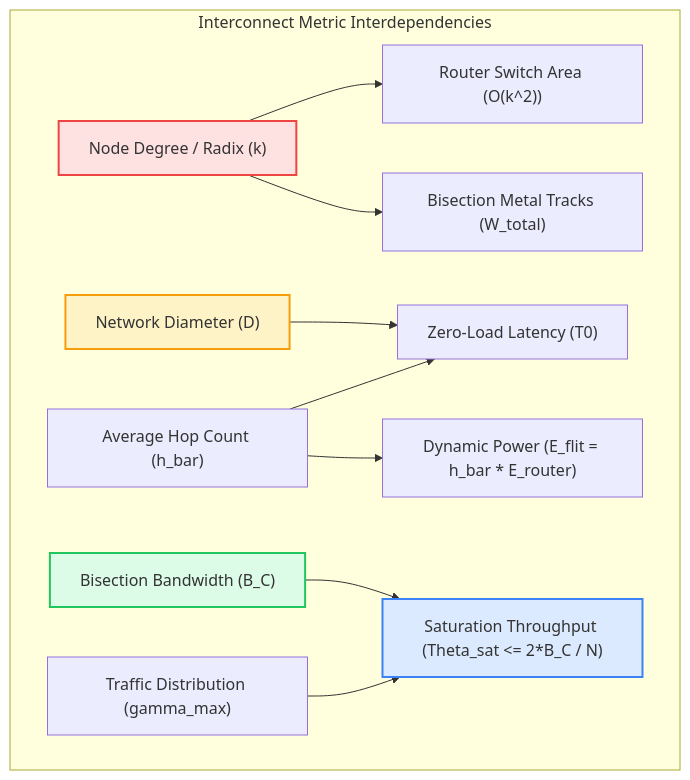
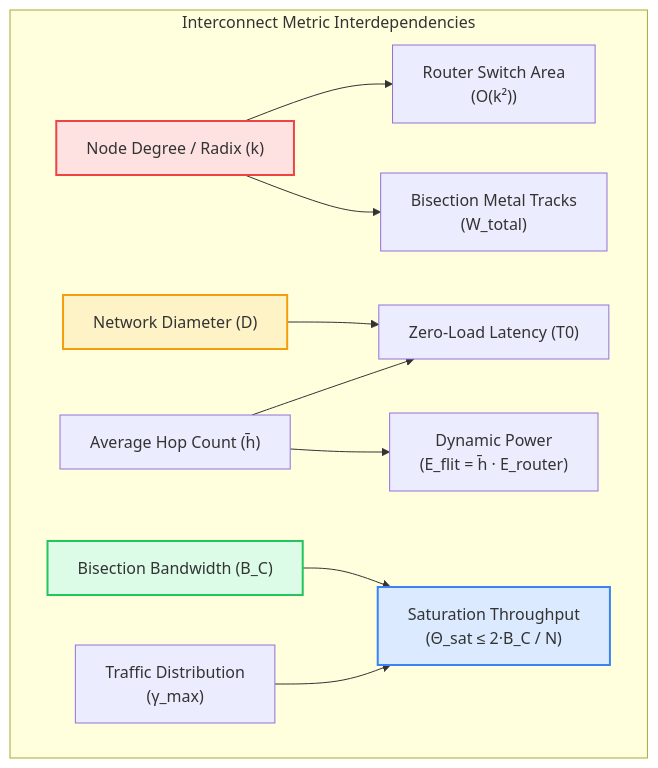
One commit to network-on-chip/learning changed the first of 4 diagrams in docs/textbook/ch04-topologies-and-metrics/index.md. Above: the diagram before and after it, drawn with Mermaid. The commit also changed 15 other files, not shown here.

Commit message:
docs: clean repository paths and wrap Mermaid flowchart node labels

````diff
--- a/docs/textbook/ch04-topologies-and-metrics/index.md
+++ b/docs/textbook/ch04-topologies-and-metrics/index.md
@@ -20,19 +20,19 @@
 ```mermaid
 graph TD
   subgraph MetricsHierarchy ["Interconnect Metric Interdependencies"]
-    Deg["Node Degree / Radix (k)"] --> RouterArea["Router Switch Area (O(k^2))"]
-    Deg --> WireDensity["Bisection Metal Tracks (W_total)"]
+    Deg["Node Degree / Radix (k)"] --> RouterArea["Router Switch Area<br/>(O(k²))"]
+    Deg --> WireDensity["Bisection Metal Tracks<br/>(W_total)"]
     
     Diam["Network Diameter (D)"] --> T0["Zero-Load Latency (T0)"]
-    AvgHop["Average Hop Count (h_bar)"] --> T0
-    AvgHop --> DynPower["Dynamic Power (E_flit = h_bar * E_router)"]
+    AvgHop["Average Hop Count (h̄)"] --> T0
+    AvgHop --> DynPower["Dynamic Power<br/>(E_flit = h̄ · E_router)"]
     
-    Bisect["Bisection Bandwidth (B_C)"] --> Throughput["Saturation Throughput (Theta_sat <= 2*B_C / N)"]
-    Traffic["Traffic Distribution (gamma_max)"] --> Throughput
+    Bisect["Bisection Bandwidth (B_C)"] --> Throughput["Saturation Throughput<br/>(Θ_sat ≤ 2·B_C / N)"]
+    Traffic["Traffic Distribution<br/>(γ_max)"] --> Throughput
   end
 
   style Deg fill:#fee2e2,stroke:#ef4444,stroke-width:2px;
   style Diam fill:#fef3c7,stroke:#f59e0b,stroke-width:2px;
   style Bisect fill:#dcfce7,stroke:#22c55e,stroke-width:2px;
   style Throughput fill:#dbeafe,stroke:#3b82f6,stroke-width:2px;
 ```
````
